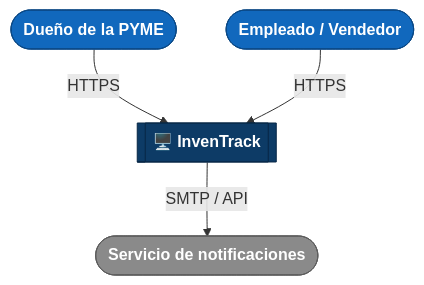
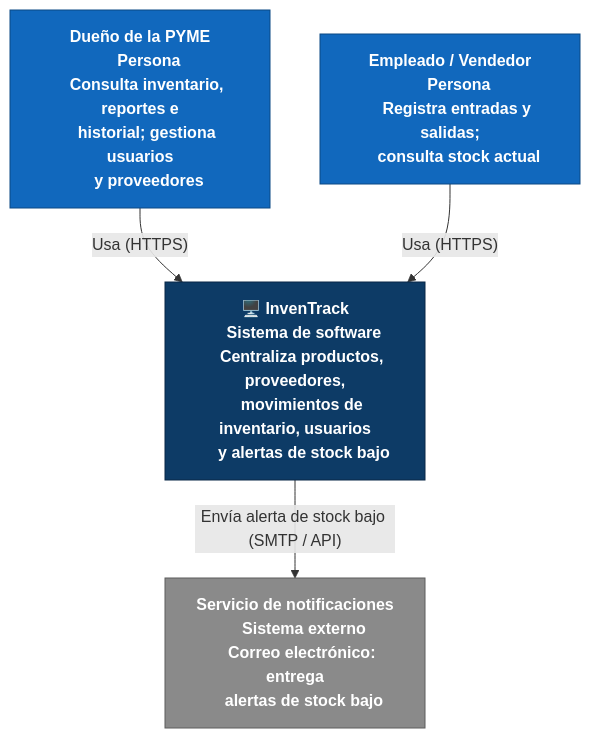
The diagram in docs/c4/context.md (ISCOUTB/AS_202620_InvenTrack), drawn with Mermaid before and after one commit. The commit also changed other lines of this file, not shown here.

Commit message:
Update context diagram and actor descriptions

````diff
--- a/docs/c4/context.md
+++ b/docs/c4/context.md
@@ -6,19 +8,36 @@
 ```mermaid
 flowchart TB
-    Dueno(["Dueño de la PYME"])
-    Empleado(["Empleado / Vendedor"])
-    InvenTrack[["🖥️ InvenTrack"]]
-    Notif(["Servicio de notificaciones"])
+    Dueno["Dueño de la PYME
+    Persona
+    Consulta inventario, reportes e
+    historial; gestiona usuarios
+    y proveedores"]
 
-    Dueno -- HTTPS --> InvenTrack
-    Empleado -- HTTPS --> InvenTrack
-    InvenTrack -- "SMTP / API" --> Notif
+    Empleado["Empleado / Vendedor
+    Persona
+    Registra entradas y salidas;
+    consulta stock actual"]
+
+    InvenTrack["🖥️ InvenTrack
+    Sistema de software
+    Centraliza productos, proveedores,
+    movimientos de inventario, usuarios
+    y alertas de stock bajo"]
+
+    Notif["Servicio de notificaciones
+    Sistema externo
+    Correo electrónico: entrega
+    alertas de stock bajo"]
+
+    Dueno -- "Usa (HTTPS)" --> InvenTrack
+    Empleado -- "Usa (HTTPS)" --> InvenTrack
+    InvenTrack -- "Envía alerta de stock bajo (SMTP / API)" --> Notif
 
     classDef person fill:#1168bd,stroke:#0b4884,color:#ffffff,font-weight:bold
     classDef system fill:#0d3b66,stroke:#082746,color:#ffffff,font-weight:bold
     classDef external fill:#8a8a8a,stroke:#5c5c5c,color:#ffffff,font-weight:bold
 
     class Dueno,Empleado person
     class InvenTrack system
     class Notif external
 ```
````
